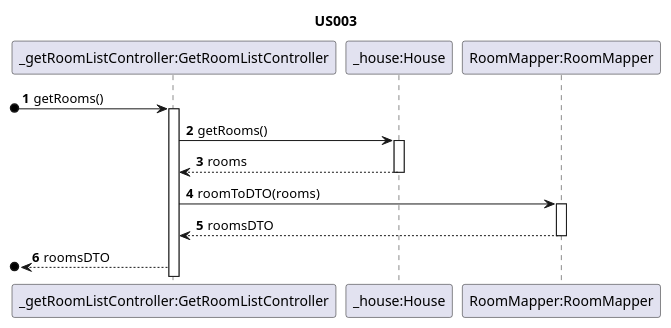
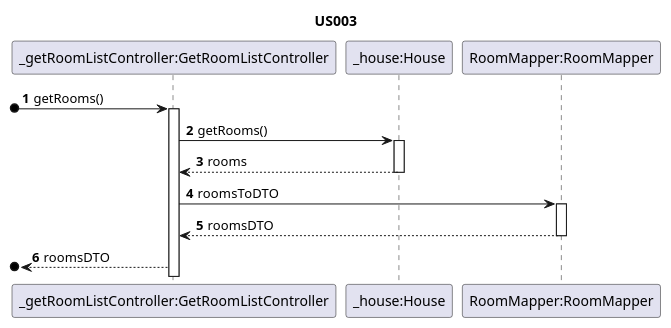
Before and after one commit to ozepedrorodrigues/projetoIntermedio: the diagram in projetoIntermedio/docs/sequence/UserStory003.puml, drawn with PlantUML. The commit also changed 2 other files, not shown here.

```diff
--- a/projetoIntermedio/docs/sequence/UserStory003.puml
+++ b/projetoIntermedio/docs/sequence/UserStory003.puml
@@ -1,30 +1,30 @@
 @startuml
 'https://plantuml.com/sequence-diagram
 
 autonumber
 
 title US003
 
 /'
 As an Administrator, I want to have a list of existing rooms, so that I can choose one to edit it.
 '/
 
 participant "_getRoomListController:GetRoomListController" as C
 participant "_house:House" as H
 participant "RoomMapper:RoomMapper" as M
 
 [o-> C: getRooms()
 activate C
 C -> H: getRooms()
 activate H
 H-->C: rooms
 deactivate H
-C -> M: roomToDTO(rooms)
+C -> M: roomsToDTO
 activate M
 
 M-->C: roomsDTO
 deactivate M
 [o<--C: roomsDTO
 
 
 @enduml
```
